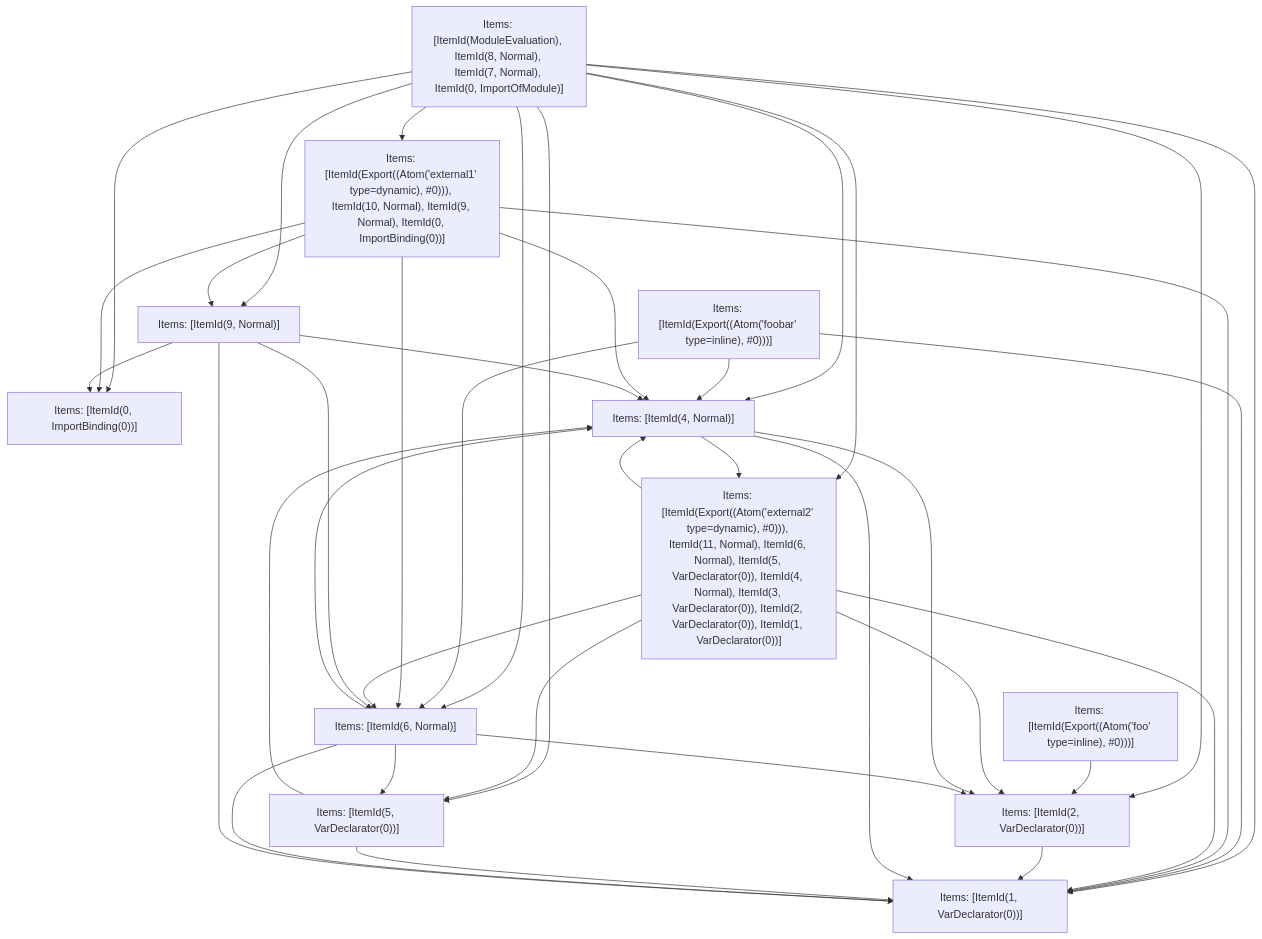
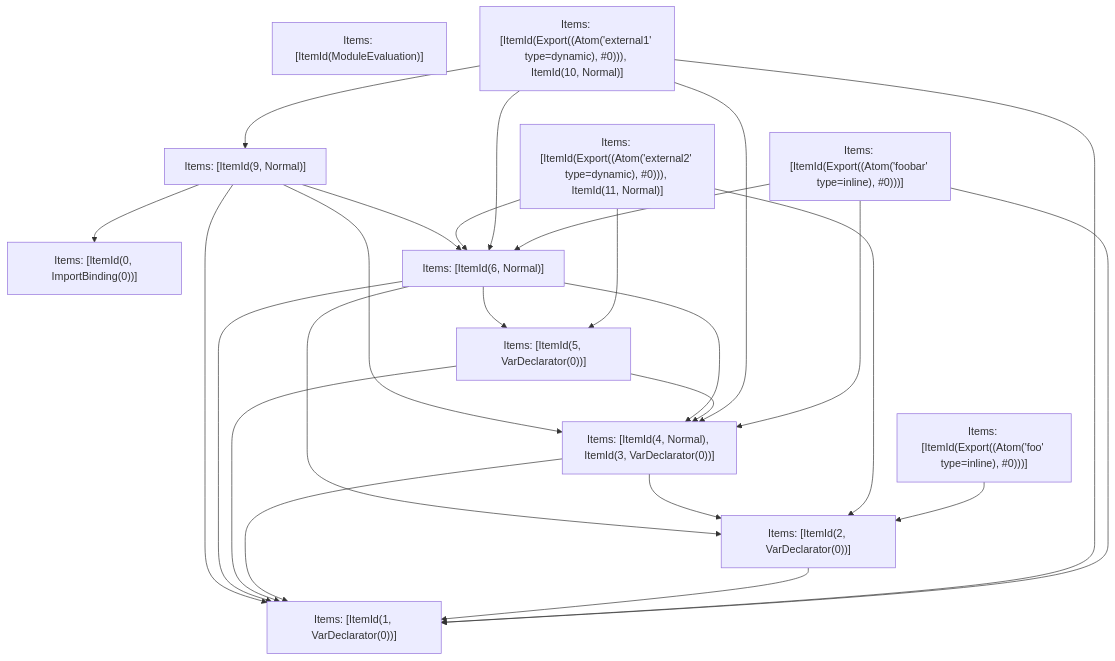
The fifth of 5 diagrams in crates/turbopack-ecmascript/tests/tree-shaker/analyzer/1/output.md (vercel/turborepo), drawn with Mermaid before and after one commit. The commit also changed other lines of this file and 3 other files, not shown here.

````diff
--- a/crates/turbopack-ecmascript/tests/tree-shaker/analyzer/1/output.md
+++ b/crates/turbopack-ecmascript/tests/tree-shaker/analyzer/1/output.md
@@ -351,52 +340,39 @@
 ```mermaid
 graph TD
-    N0["Items: [ItemId(ModuleEvaluation), ItemId(8, Normal), ItemId(7, Normal), ItemId(0, ImportOfModule)]"];
+    N0["Items: [ItemId(ModuleEvaluation)]"];
     N1["Items: [ItemId(Export((Atom('foobar' type=inline), #0)))]"];
     N2["Items: [ItemId(Export((Atom('foo' type=inline), #0)))]"];
-    N3["Items: [ItemId(Export((Atom('external1' type=dynamic), #0))), ItemId(10, Normal), ItemId(9, Normal), ItemId(0, ImportBinding(0))]"];
-    N4["Items: [ItemId(Export((Atom('external2' type=dynamic), #0))), ItemId(11, Normal), ItemId(6, Normal), ItemId(5, VarDeclarator(0)), ItemId(4, Normal), ItemId(3, VarDeclarator(0)), ItemId(2, VarDeclarator(0)), ItemId(1, VarDeclarator(0))]"];
+    N3["Items: [ItemId(Export((Atom('external1' type=dynamic), #0))), ItemId(10, Normal)]"];
+    N4["Items: [ItemId(Export((Atom('external2' type=dynamic), #0))), ItemId(11, Normal)]"];
     N5["Items: [ItemId(0, ImportBinding(0))]"];
     N6["Items: [ItemId(1, VarDeclarator(0))]"];
     N7["Items: [ItemId(2, VarDeclarator(0))]"];
-    N8["Items: [ItemId(4, Normal)]"];
+    N8["Items: [ItemId(4, Normal), ItemId(3, VarDeclarator(0))]"];
     N9["Items: [ItemId(5, VarDeclarator(0))]"];
     N10["Items: [ItemId(6, Normal)]"];
     N11["Items: [ItemId(9, Normal)]"];
-    N0 --> N3;
-    N0 --> N5;
-    N0 --> N6;
-    N0 --> N8;
-    N0 --> N10;
-    N0 --> N7;
-    N0 --> N9;
-    N0 --> N4;
-    N0 --> N11;
     N1 --> N6;
     N1 --> N8;
     N1 --> N10;
     N2 --> N7;
     N3 --> N11;
     N3 --> N6;
     N3 --> N8;
     N3 --> N10;
-    N3 --> N5;
     N4 --> N7;
     N4 --> N9;
     N4 --> N10;
-    N4 --> N6;
-    N4 --> N8;
     N7 --> N6;
-    N8 --> N4;
     N8 --> N6;
     N8 --> N7;
     N9 --> N6;
     N9 --> N8;
     N10 --> N6;
     N10 --> N8;
     N10 --> N7;
     N10 --> N9;
     N11 --> N5;
     N11 --> N6;
     N11 --> N8;
     N11 --> N10;
 ```
````
